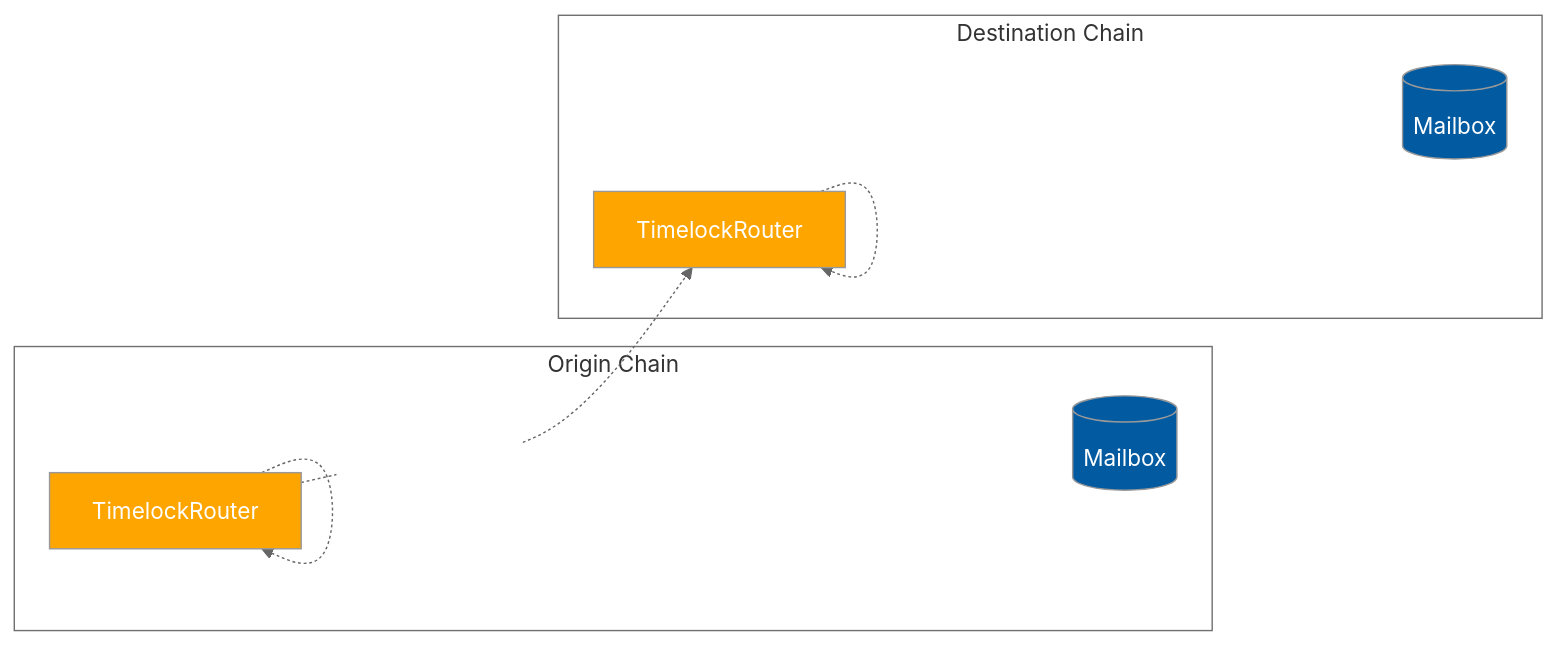
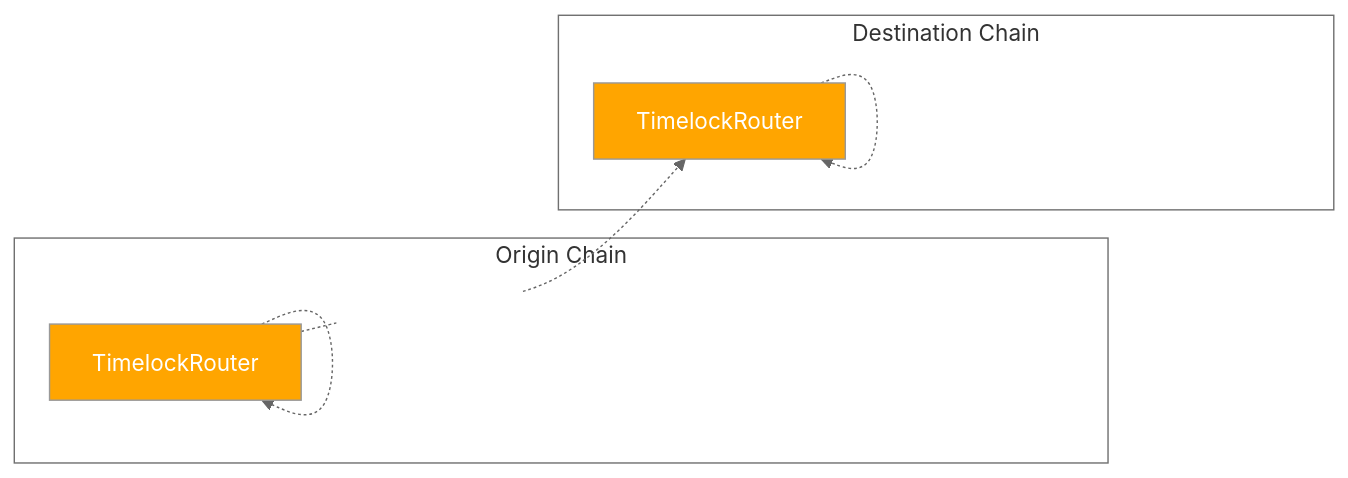
One commit to hyperlane-xyz/hyperlane-monorepo changed the first of 3 diagrams in solidity/contracts/isms/routing/timelock.md. Above: the diagram before and after it, drawn with Mermaid. The commit also changed other lines of this file, not shown here.

````diff
--- a/solidity/contracts/isms/routing/timelock.md
+++ b/solidity/contracts/isms/routing/timelock.md
@@ -27,28 +9,26 @@
 ```mermaid
 %%{ init: {
   "theme": "neutral",
   "themeVariables": {
     "mainBkg": "#025AA1",
     "textColor": "white",
     "clusterBkg": "white"
   },
   "themeCSS": ".edgeLabel { color: black }"
 }}%%
 
 graph LR
     subgraph "Origin Chain"
         OR1[TimelockRouter]
         style OR1 fill:orange
-        M1[(Mailbox)]
     end
 
     subgraph "Destination Chain"
         OR2[TimelockRouter]
         style OR2 fill:orange
-        M2[(Mailbox)]
     end
 
     OR1 -. "1. Hook Role<br/>postDispatch()" .-> OR1
     OR1 -. "2. Router Role<br/>sends messageId" .-> OR2
     OR2 -. "3. ISM Role<br/>verify()" .-> OR2
 ```
````
